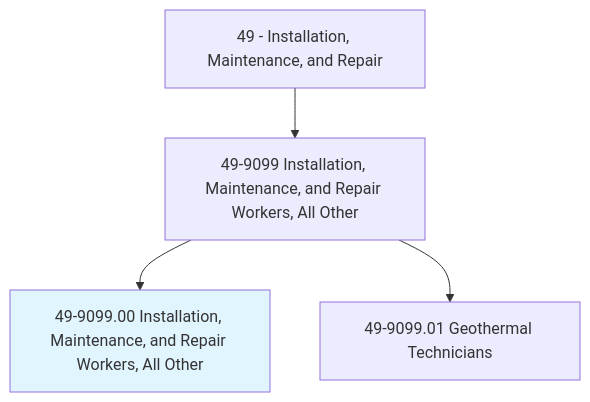
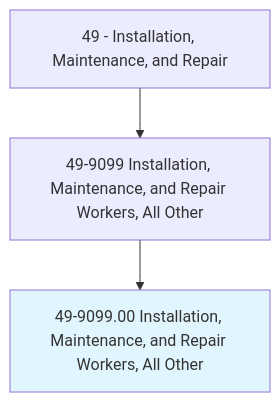
Before and after one commit to kziemski/business.org.ai: the first of 4 diagrams in occupations/Maintenance/InstallationMaintenanceAndRepairWorkers.mdx, drawn with Mermaid. The commit also changed other lines of this file and 938 other files, not shown here.

````diff
--- a/occupations/Maintenance/InstallationMaintenanceAndRepairWorkers.mdx
+++ b/occupations/Maintenance/InstallationMaintenanceAndRepairWorkers.mdx
@@ -19,7 +23,6 @@
 ```mermaid
 graph TD
     Cat49["49 - Installation, Maintenance, and Repair"] --> Group499099["49-9099 Installation, Maintenance, and Repair Workers, All Other"]
     Group499099 --> Current["49-9099.00 Installation, Maintenance, and Repair Workers, All Other"]
     style Current fill:#e1f5fe
-    Group499099 --> V49909901["49-9099.01 Geothermal Technicians"]
 ```
````
